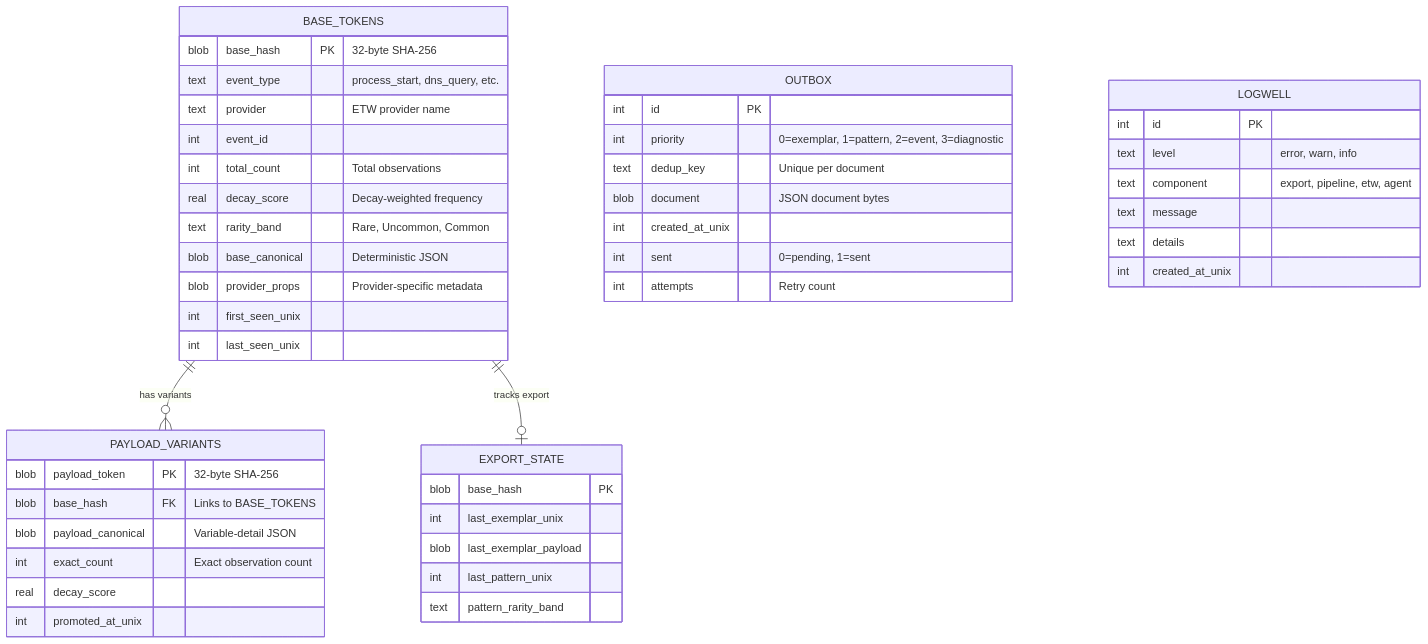
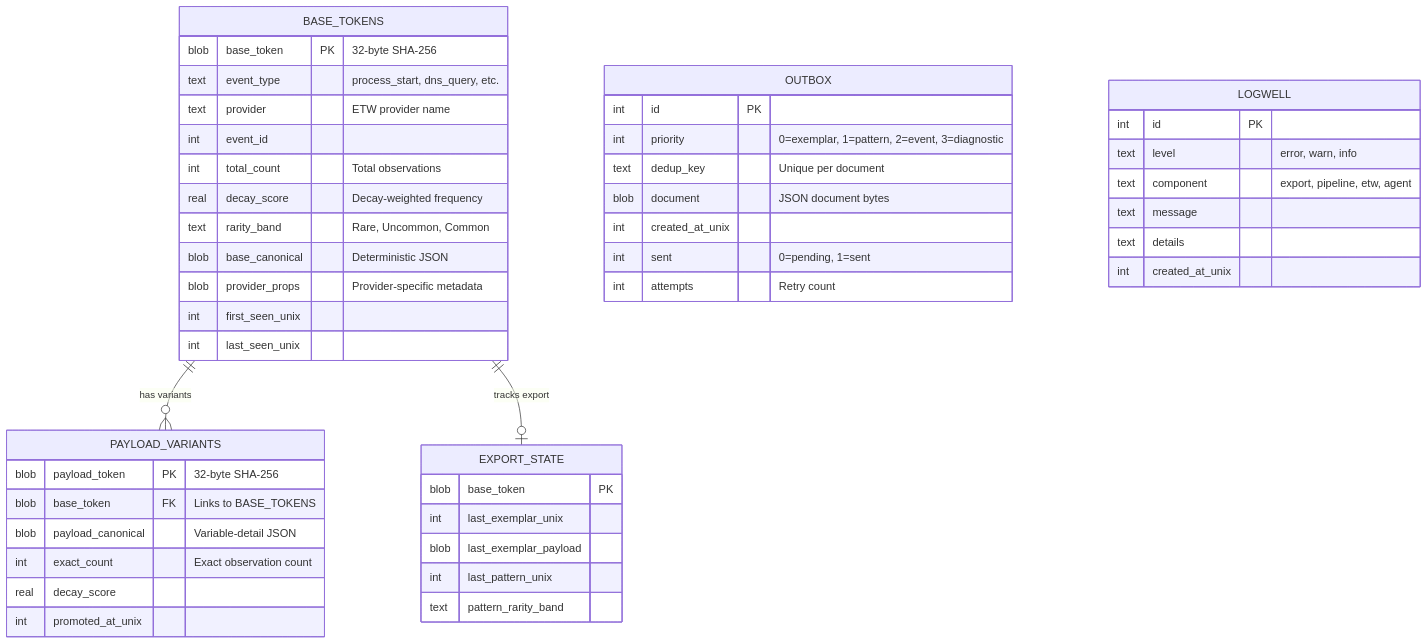
One commit to LongHorizons/WindOH changed the sixth of 8 diagrams in LongHorizons/ARCHITECTURE.md. Above: the diagram before and after it, drawn with Mermaid. The commit also changed other lines of this file and 13 other files, not shown here.

First line of the commit message:
Normalize terminology: base token / payload token (spaced English)

````diff
--- a/LongHorizons/ARCHITECTURE.md
+++ b/LongHorizons/ARCHITECTURE.md
@@ -250,55 +250,55 @@
 ```mermaid
 erDiagram
     BASE_TOKENS {
-        blob base_hash PK "32-byte SHA-256"
+        blob base_token PK "32-byte SHA-256"
         text event_type "process_start, dns_query, etc."
         text provider "ETW provider name"
         int event_id
         int total_count "Total observations"
         real decay_score "Decay-weighted frequency"
         text rarity_band "Rare, Uncommon, Common"
         blob base_canonical "Deterministic JSON"
         blob provider_props "Provider-specific metadata"
         int first_seen_unix
         int last_seen_unix
     }
 
     PAYLOAD_VARIANTS {
         blob payload_token PK "32-byte SHA-256"
-        blob base_hash FK "Links to BASE_TOKENS"
+        blob base_token FK "Links to BASE_TOKENS"
         blob payload_canonical "Variable-detail JSON"
         int exact_count "Exact observation count"
         real decay_score
         int promoted_at_unix
     }
 
     OUTBOX {
         int id PK
         int priority "0=exemplar, 1=pattern, 2=event, 3=diagnostic"
         text dedup_key "Unique per document"
         blob document "JSON document bytes"
         int created_at_unix
         int sent "0=pending, 1=sent"
         int attempts "Retry count"
     }
 
     LOGWELL {
         int id PK
         text level "error, warn, info"
         text component "export, pipeline, etw, agent"
         text message
         text details
         int created_at_unix
     }
 
     EXPORT_STATE {
-        blob base_hash PK
+        blob base_token PK
         int last_exemplar_unix
         blob last_exemplar_payload
         int last_pattern_unix
         text pattern_rarity_band
     }
 
     BASE_TOKENS ||--o{ PAYLOAD_VARIANTS : "has variants"
     BASE_TOKENS ||--o| EXPORT_STATE : "tracks export"
 ```
````
